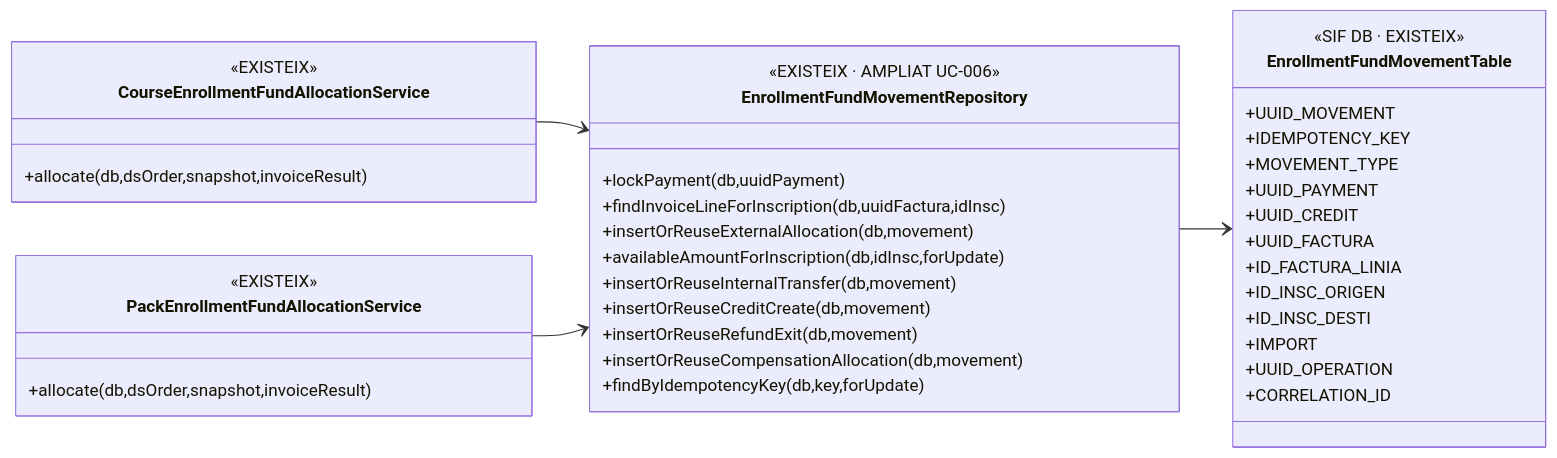
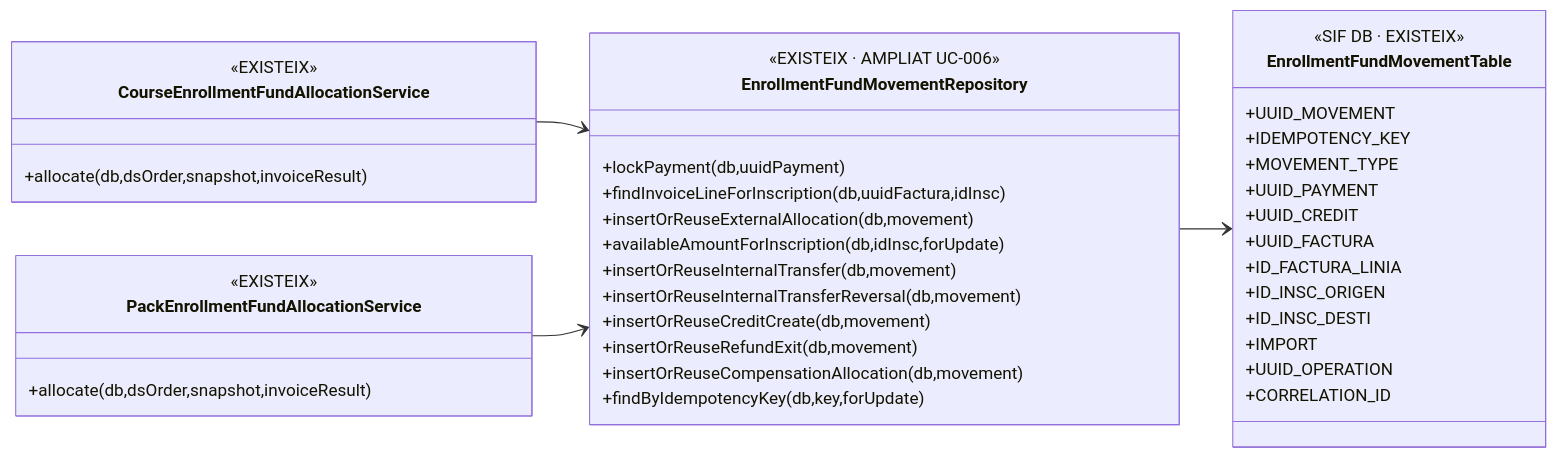
One commit to orgmeriemprismacat-del/verifactu changed the fourth of 6 diagrams in documentacio/07-uml-integrat/uc-006-classes-actual-final.md. Above: the diagram before and after it, drawn with Mermaid. The commit also changed other lines of this file, not shown here.

Commit message:
docs(UC-006): afegir REVERSAL als diagrames de classes

````diff
--- a/documentacio/07-uml-integrat/uc-006-classes-actual-final.md
+++ b/documentacio/07-uml-integrat/uc-006-classes-actual-final.md
@@ -252,42 +252,43 @@
 ```mermaid
 classDiagram
 direction LR
 class EnrollmentFundMovementRepository {
   <<EXISTEIX · AMPLIAT UC-006>>
   +lockPayment(db,uuidPayment)
   +findInvoiceLineForInscription(db,uuidFactura,idInsc)
   +insertOrReuseExternalAllocation(db,movement)
   +availableAmountForInscription(db,idInsc,forUpdate)
   +insertOrReuseInternalTransfer(db,movement)
+  +insertOrReuseInternalTransferReversal(db,movement)
   +insertOrReuseCreditCreate(db,movement)
   +insertOrReuseRefundExit(db,movement)
   +insertOrReuseCompensationAllocation(db,movement)
   +findByIdempotencyKey(db,key,forUpdate)
 }
 class CourseEnrollmentFundAllocationService {
   <<EXISTEIX>>
   +allocate(db,dsOrder,snapshot,invoiceResult)
 }
 class PackEnrollmentFundAllocationService {
   <<EXISTEIX>>
   +allocate(db,dsOrder,snapshot,invoiceResult)
 }
 class EnrollmentFundMovementTable {
   <<SIF DB · EXISTEIX>>
   +UUID_MOVEMENT
   +IDEMPOTENCY_KEY
   +MOVEMENT_TYPE
   +UUID_PAYMENT
   +UUID_CREDIT
   +UUID_FACTURA
   +ID_FACTURA_LINIA
   +ID_INSC_ORIGEN
   +ID_INSC_DESTI
   +IMPORT
   +UUID_OPERATION
   +CORRELATION_ID
 }
 CourseEnrollmentFundAllocationService --> EnrollmentFundMovementRepository
 PackEnrollmentFundAllocationService --> EnrollmentFundMovementRepository
 EnrollmentFundMovementRepository --> EnrollmentFundMovementTable
 ```
````
